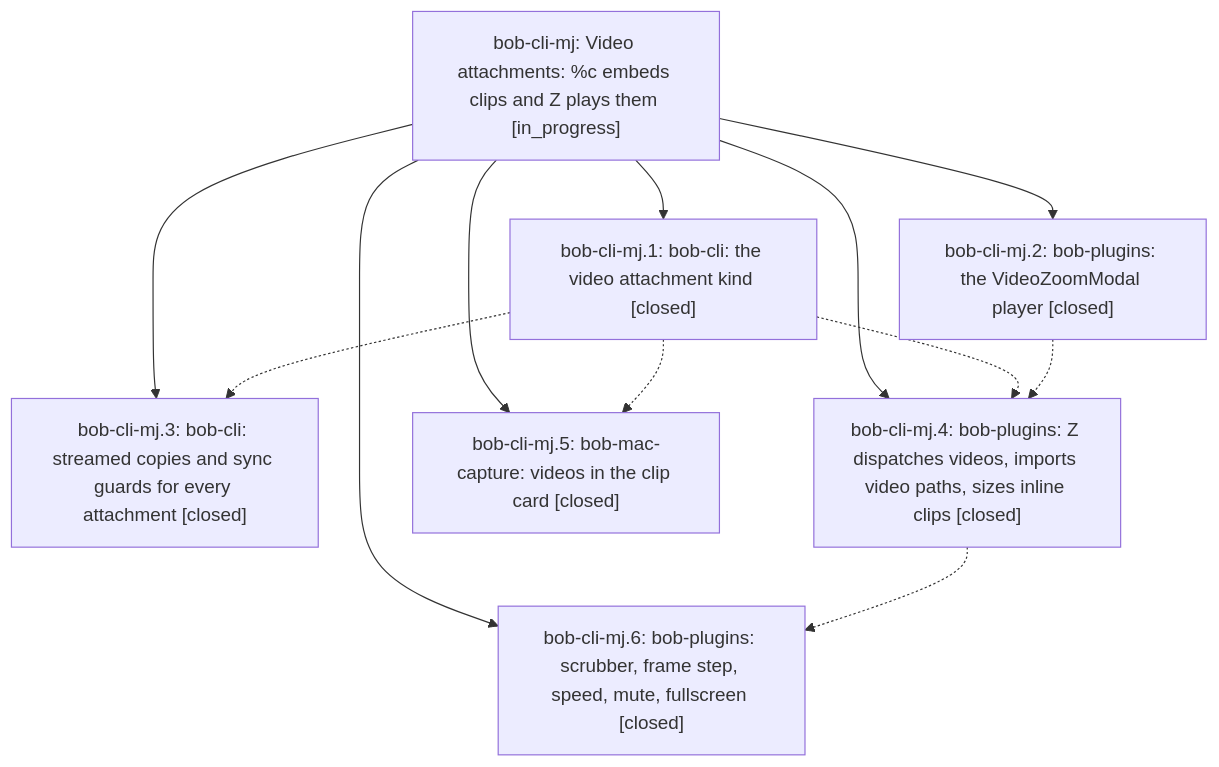
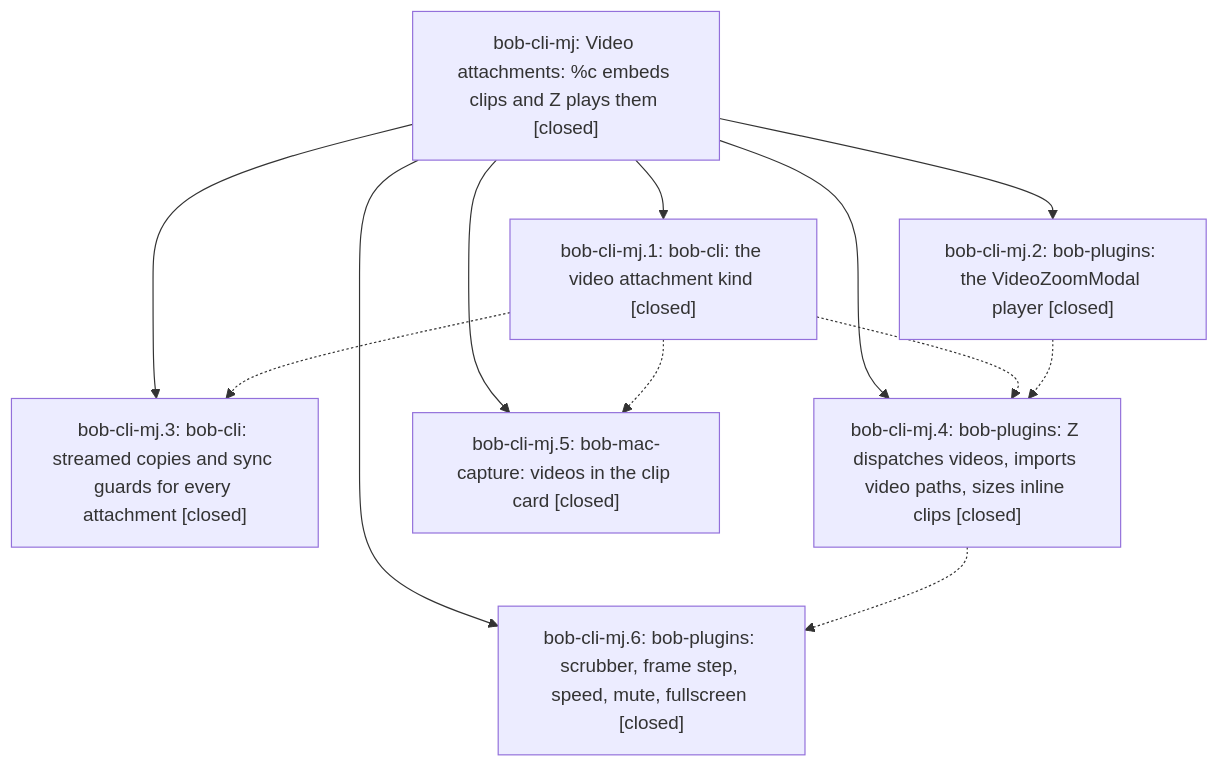
The diagram in pages/bob-cli-mj/README.md (bobs-org/bob-cli--beads), drawn with Mermaid before and after one commit. The commit also changed other lines of this file and 2 other files, not shown here.

First line of the commit message:
chore(beads): sync bead state and pages for bob-cli-mj

````diff
--- a/pages/bob-cli-mj/README.md
+++ b/pages/bob-cli-mj/README.md
@@ -41,21 +45,21 @@
 ```mermaid
 flowchart TD
-    n0["bob-cli-mj: Video attachments: %c embeds clips and Z plays them [in_progress]"]
+    n0["bob-cli-mj: Video attachments: %c embeds clips and Z plays them [closed]"]
     n1["bob-cli-mj.1: bob-cli: the video attachment kind [closed]"]
     n2["bob-cli-mj.2: bob-plugins: the VideoZoomModal player [closed]"]
     n3["bob-cli-mj.3: bob-cli: streamed copies and sync guards for every attachment [closed]"]
     n4["bob-cli-mj.4: bob-plugins: Z dispatches videos, imports video paths, sizes inline clips [closed]"]
     n5["bob-cli-mj.5: bob-mac-capture: videos in the clip card [closed]"]
     n6["bob-cli-mj.6: bob-plugins: scrubber, frame step, speed, mute, fullscreen [closed]"]
     n0 --> n1
     n0 --> n2
     n0 --> n3
     n0 --> n4
     n0 --> n5
     n0 --> n6
     n1 -.-> n3
     n1 -.-> n4
     n1 -.-> n5
     n2 -.-> n4
     n4 -.-> n6
 ```
````
